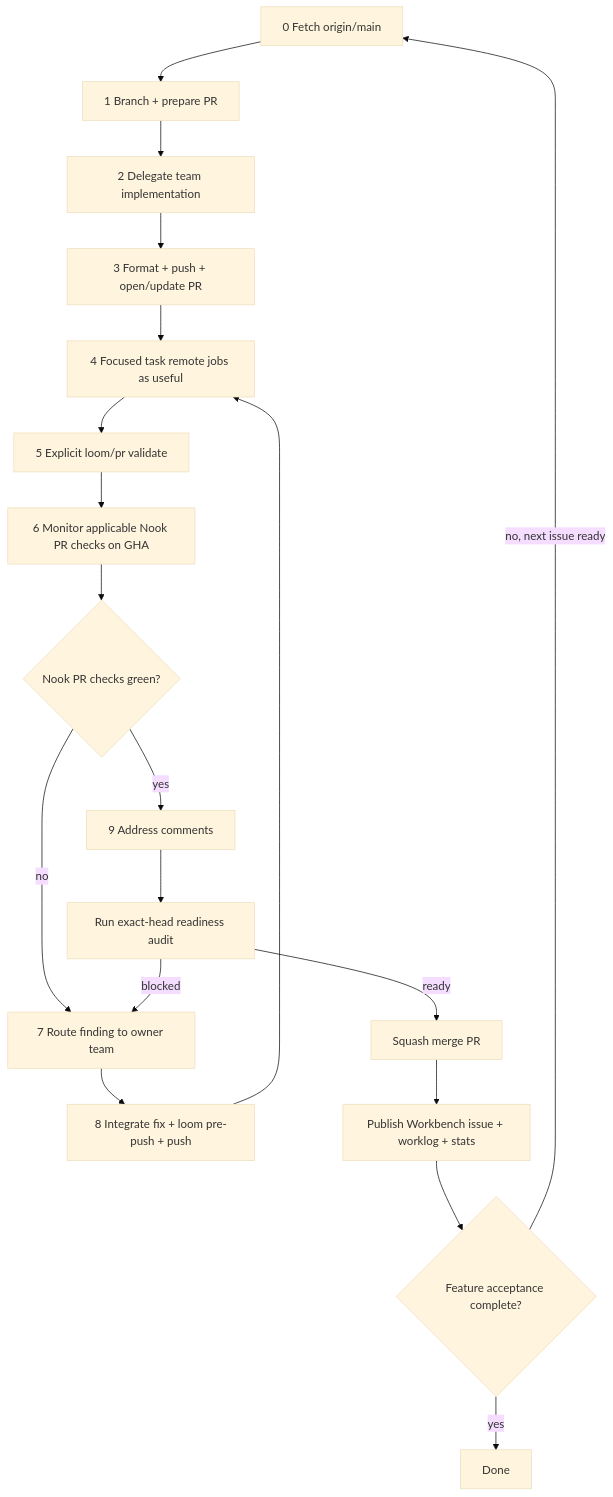
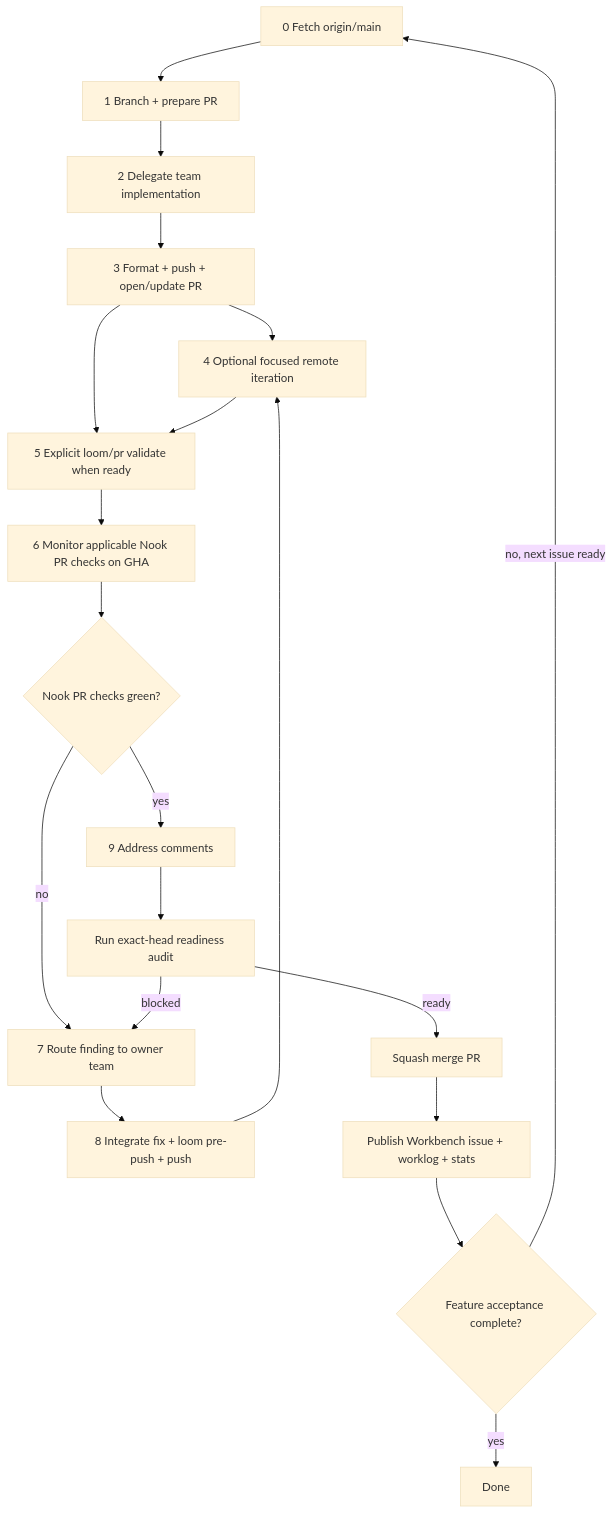
The diagram in .cortex/gizmo/workflows/pull-requests.md (meta-secret/nook), drawn with Mermaid (base theme) before and after one commit. The commit also changed other lines of this file and 8 other files, not shown here.

````diff
--- a/.cortex/gizmo/workflows/pull-requests.md
+++ b/.cortex/gizmo/workflows/pull-requests.md
@@ -329,21 +328,22 @@
 ```mermaid
 flowchart TD
   Z[0 Fetch origin/main] --> A[1 Branch + prepare PR]
   A --> I[2 Delegate team implementation]
   I --> E[3 Format + push + open/update PR]
-  E --> X[4 Focused task remote jobs as useful]
-  X --> V[5 Explicit loom/pr validate]
+  E --> X[4 Optional focused remote iteration]
+  E --> V[5 Explicit loom/pr validate when ready]
+  X --> V
   V --> F[6 Monitor applicable Nook PR checks on GHA]
   F --> G{Nook PR checks green?}
   G -->|no| H[7 Route finding to owner team]
   H --> PUSH[8 Integrate fix + loom pre-push + push]
   PUSH --> X
   G -->|yes| C[9 Address comments]
   C --> R[Run exact-head readiness audit]
   R -->|blocked| H
   R -->|ready| M[Squash merge PR]
   M --> S[Publish Workbench issue + worklog + stats]
   S --> J{Feature acceptance complete?}
   J -->|no, next issue ready| Z
   J -->|yes| K[Done]
 ```
````
